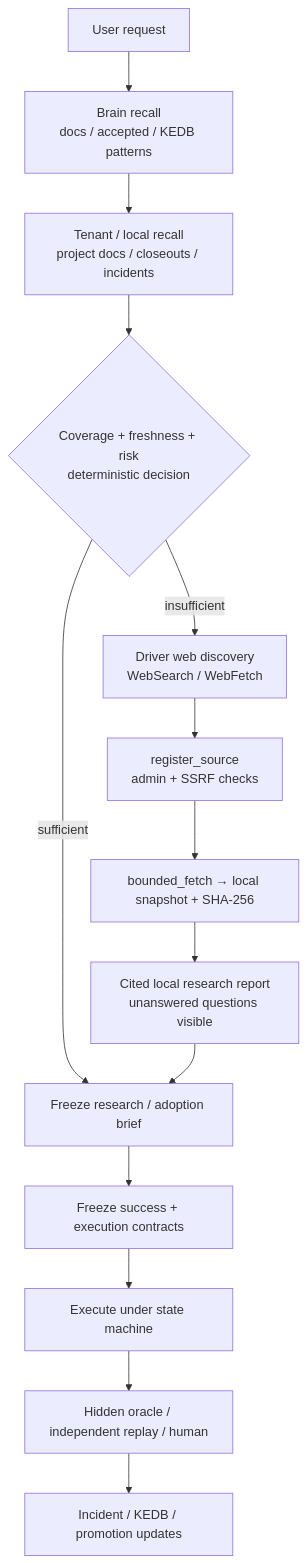
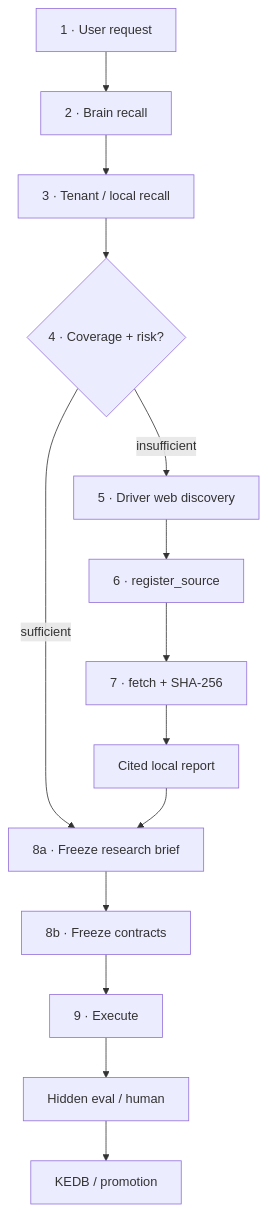
The first of 5 diagrams in cortex-research-path-flowchart-2026-07-19.md (Pukujan/private-study-log), drawn with Mermaid before and after one commit. The commit also changed other lines of this file, not shown here.

Commit message:
study-log: research path flowcharts v2 — vertical/mobile-first (M27)

````diff
--- a/cortex-research-path-flowchart-2026-07-19.md
+++ b/cortex-research-path-flowchart-2026-07-19.md
@@ -43,16 +35,16 @@
 ```mermaid
 flowchart TB
-  U[User request] --> BRAIN[Brain recall<br/>docs / accepted / KEDB patterns]
-  BRAIN --> LOCAL[Tenant / local recall<br/>project docs / closeouts / incidents]
-  LOCAL --> DEC{Coverage + freshness + risk<br/>deterministic decision}
-  DEC -->|sufficient| FREEZE_R[Freeze research / adoption brief]
-  DEC -->|insufficient| DISC[Driver web discovery<br/>WebSearch / WebFetch]
-  DISC --> REG[register_source<br/>admin + SSRF checks]
-  REG --> FETCH[bounded_fetch → local snapshot + SHA-256]
-  FETCH --> REPORT[Cited local research report<br/>unanswered questions visible]
-  REPORT --> FREEZE_R
-  FREEZE_R --> FREEZE_C[Freeze success + execution contracts]
-  FREEZE_C --> BUILD[Execute under state machine]
-  BUILD --> EVAL[Hidden oracle / independent replay / human]
-  EVAL --> KEDB[Incident / KEDB / promotion updates]
+  U["1 · User request"] --> B["2 · Brain recall"]
+  B --> L["3 · Tenant / local recall"]
+  L --> D{"4 · Coverage + risk?"}
+  D -->|sufficient| FR["8a · Freeze research brief"]
+  D -->|insufficient| W["5 · Driver web discovery"]
+  W --> R["6 · register_source"]
+  R --> F["7 · fetch + SHA-256"]
+  F --> RP["Cited local report"]
+  RP --> FR
+  FR --> FC["8b · Freeze contracts"]
+  FC --> X["9 · Execute"]
+  X --> E["Hidden eval / human"]
+  E --> K["KEDB / promotion"]
 ```
````
